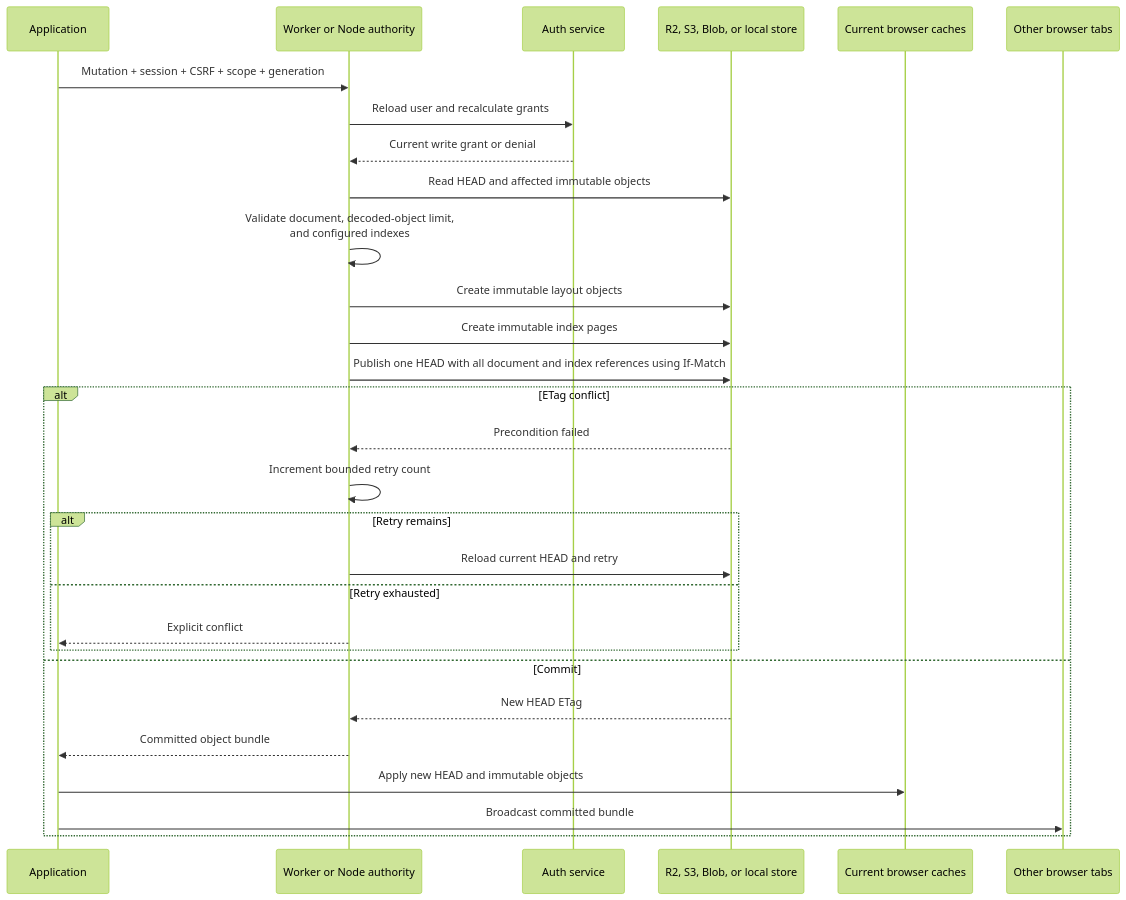
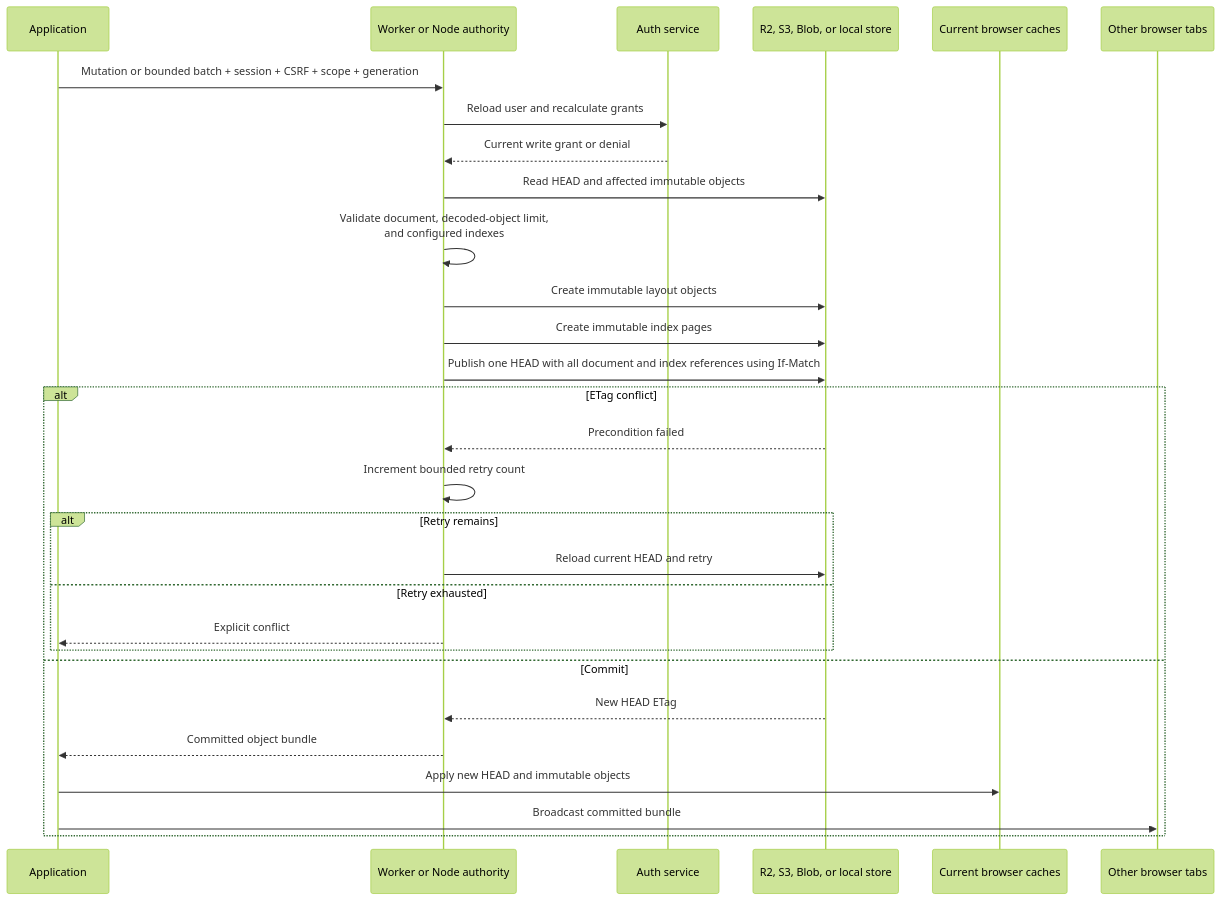
The seventh of 16 diagrams in docs/DIAGRAMS.md (Jason-Doyle/thimble), drawn with Mermaid (forest theme) before and after one commit. The commit also changed 33 other files, not shown here.

````diff
--- a/docs/DIAGRAMS.md
+++ b/docs/DIAGRAMS.md
@@ -274,33 +274,33 @@
 ```mermaid
 sequenceDiagram
   participant App as Application
   participant Authority as Worker or Node authority
   participant Auth as Auth service
   participant Store as R2, S3, Blob, or local store
   participant Cache as Current browser caches
   participant Tabs as Other browser tabs
 
-  App->>Authority: Mutation + session + CSRF + scope + generation
+  App->>Authority: Mutation or bounded batch + session + CSRF + scope + generation
   Authority->>Auth: Reload user and recalculate grants
   Auth-->>Authority: Current write grant or denial
   Authority->>Store: Read HEAD and affected immutable objects
   Authority->>Authority: Validate document, decoded-object limit,<br/>and configured indexes
   Authority->>Store: Create immutable layout objects
   Authority->>Store: Create immutable index pages
   Authority->>Store: Publish one HEAD with all document and index references using If-Match
 
   alt ETag conflict
     Store-->>Authority: Precondition failed
     Authority->>Authority: Increment bounded retry count
     alt Retry remains
       Authority->>Store: Reload current HEAD and retry
     else Retry exhausted
       Authority-->>App: Explicit conflict
     end
   else Commit
     Store-->>Authority: New HEAD ETag
     Authority-->>App: Committed object bundle
     App->>Cache: Apply new HEAD and immutable objects
     App->>Tabs: Broadcast committed bundle
   end
 ```
````
